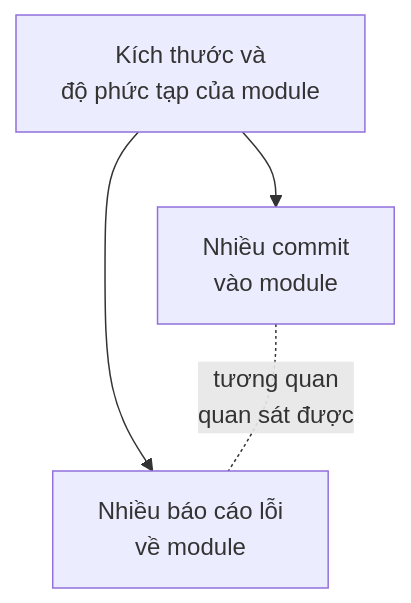
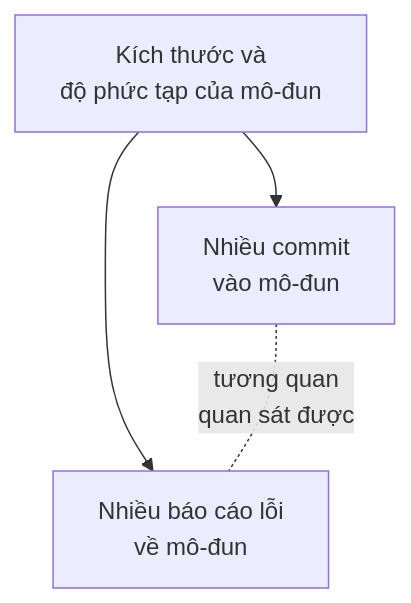
The third of 3 diagrams in src/content/blog/vi/scientific-reasoning-and-causation.mdx (acrr-asia/acrr), drawn with Mermaid before and after one commit. The commit also changed other lines of this file and 12 other files, not shown here.

````diff
--- a/src/content/blog/vi/scientific-reasoning-and-causation.mdx
+++ b/src/content/blog/vi/scientific-reasoning-and-causation.mdx
@@ -176,6 +176,6 @@
 ```mermaid
 flowchart TB
-    Z["Kích thước và<br/>độ phức tạp của module"] --> X["Nhiều commit<br/>vào module"]
-    Z --> Y["Nhiều báo cáo lỗi<br/>về module"]
+    Z["Kích thước và<br/>độ phức tạp của mô-đun"] --> X["Nhiều commit<br/>vào mô-đun"]
+    Z --> Y["Nhiều báo cáo lỗi<br/>về mô-đun"]
     X -.-|"tương quan<br/>quan sát được"| Y
 ```
````
